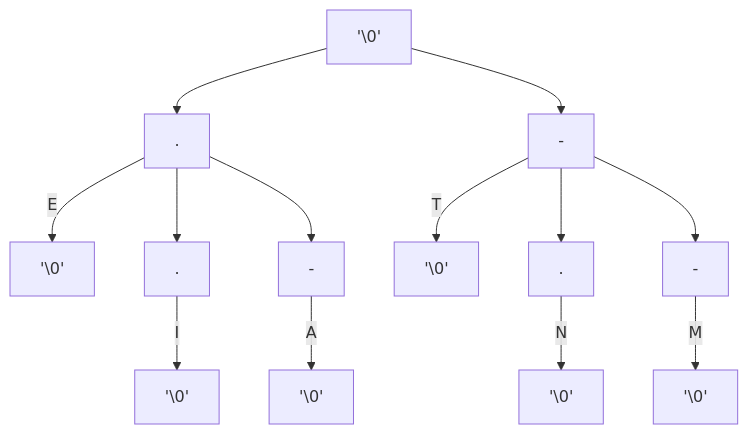
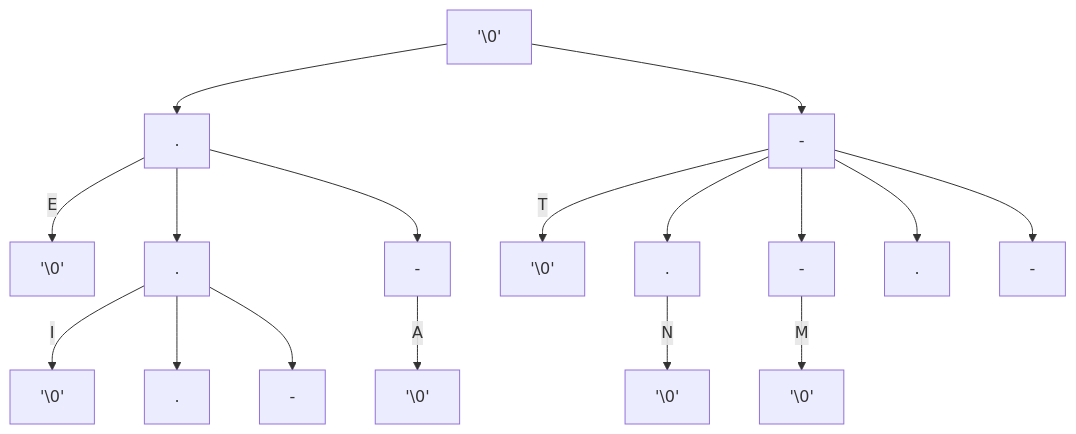
Before and after one commit to mmcnally1/arduino-projects: the second of 2 diagrams in morse-code/README.md, drawn with Mermaid.

````diff
--- a/morse-code/README.md
+++ b/morse-code/README.md
@@ -27,16 +27,20 @@
 ```mermaid
 graph TD;
 A['\0'] --> B[.]
 A['\0'] --> H[-]
 B[.] -- E --> C['\0']
 B[.] --> D[.]
 D[.] -- I --> E['\0']
 B[.] --> F[-]
 F[-] -- A --> G['\0']
 H[-] -- T --> I['\0']
 H[-] --> J[.]
 J[.] -- N --> K['\0']
 H[-] --> L[-]
 L[-] -- M --> M['\0']
+D[.] --> N[.]
+D[.] --> O[-]
+H[-] --> P[.]
+H[-] --> Q[-]
 
 ```
````
